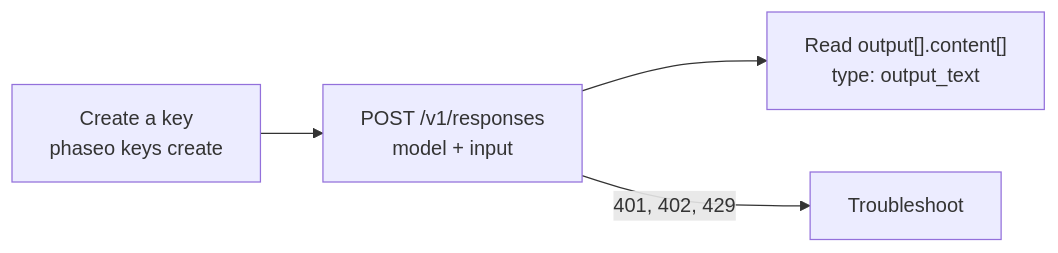
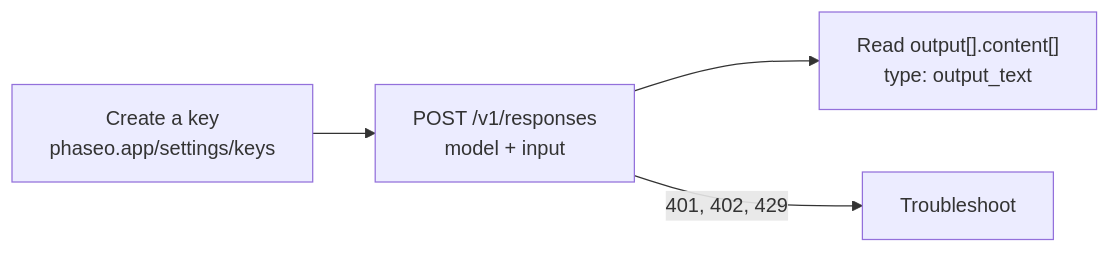
The diagram in apps/docs/v1/quickstart.mdx (phaseoteam/Phaseo), drawn with Mermaid before and after one commit. The commit also changed other lines of this file and 238 other files, not shown here.

````diff
--- a/apps/docs/v1/quickstart.mdx
+++ b/apps/docs/v1/quickstart.mdx
@@ -10,6 +10,6 @@
 ```mermaid
 flowchart LR
-  key["Create a key<br/>phaseo keys create"] --> req["POST /v1/responses<br/>model + input"]
+  key["Create a key<br/>phaseo.app/settings/keys"] --> req["POST /v1/responses<br/>model + input"]
   req --> read["Read output[].content[]<br/>type: output_text"]
   req -->|"401, 402, 429"| fix["Troubleshoot"]
 ```
````
